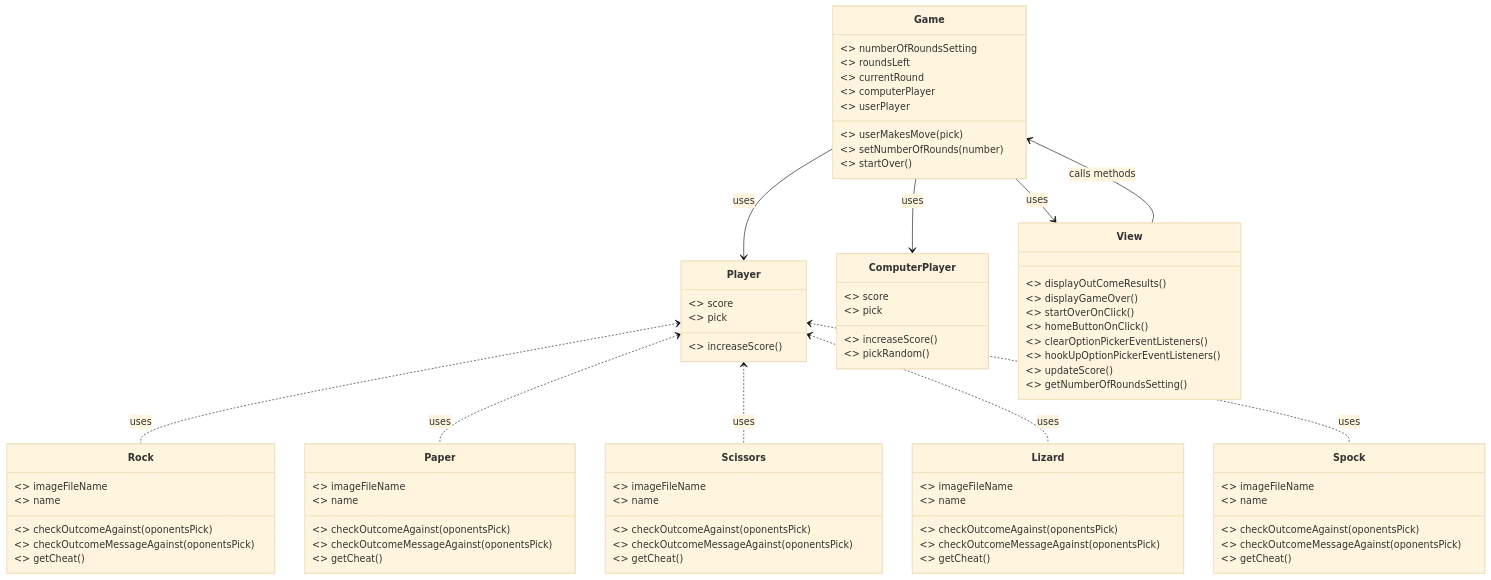
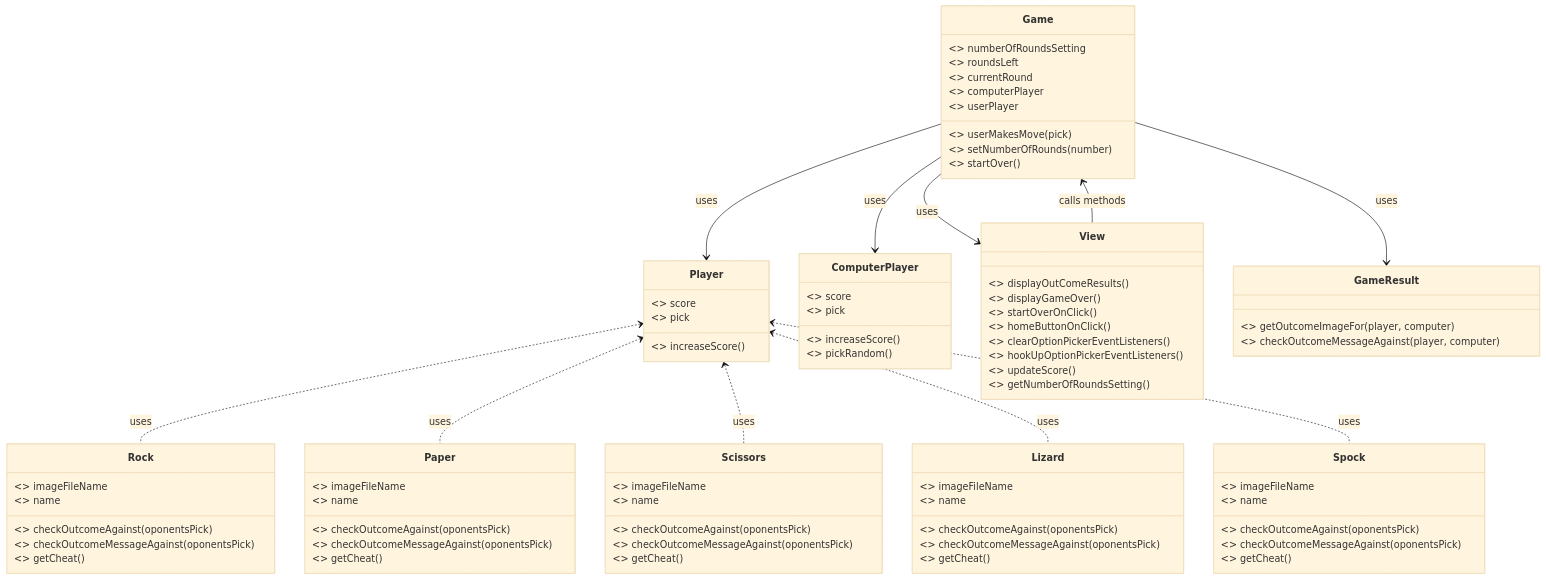
The diagram in README.md (dimitri-edel/RPSLS-Game), drawn with Mermaid (base theme) before and after one commit.

Commit message:
Update README: Add GameResult to class diagram

```diff
--- a/README.md
+++ b/README.md
@@ -88,9 +88,14 @@
         <<static>> updateScore()
         <<static>> getNumberOfRoundsSetting()
     }
+    class GameResult {
+        <<static>> getOutcomeImageFor(player, computer)
+        <<static>> checkOutcomeMessageAgainst(player, computer)
+    }
     Game --> Player : uses
     Game --> ComputerPlayer : uses
     Game --> View : uses
+    Game --> GameResult : uses
     View --> Game : calls methods
     Player <.. Rock : uses
     Player <.. Paper : uses
```
